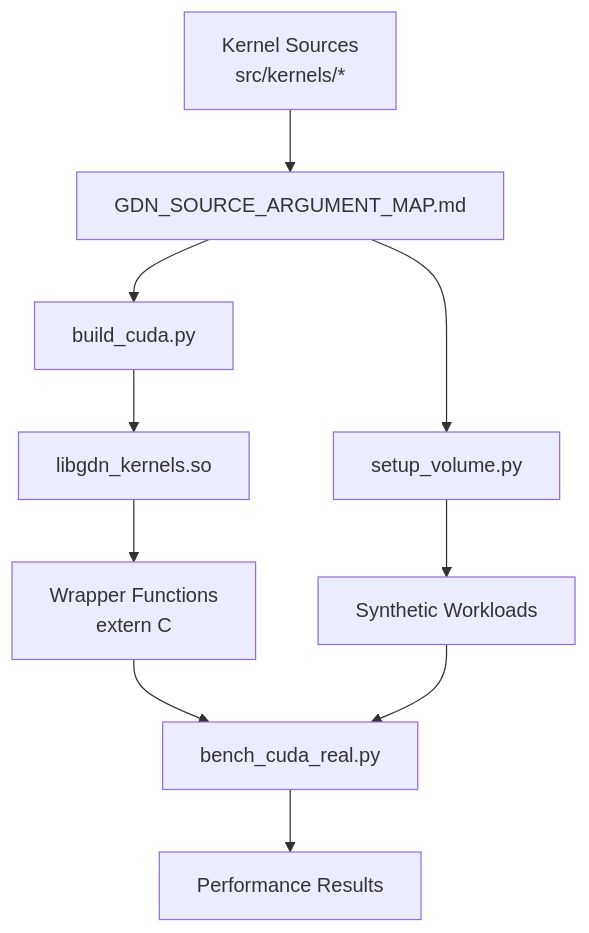
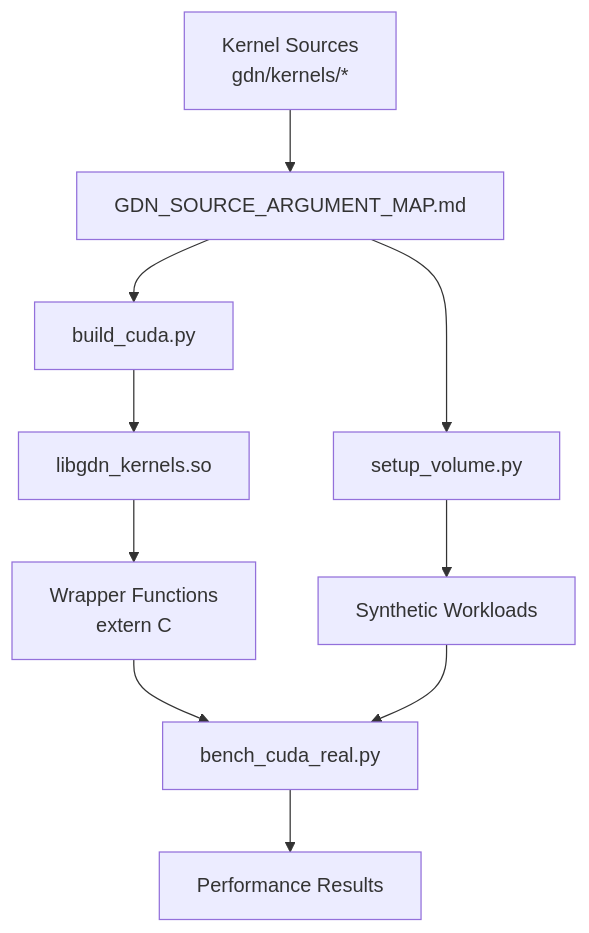
The seventh of 7 diagrams in .qoder/repowiki/en/content/Performance Analysis/GDN Source Argument Map.md (gugudeshubao/flashinfer-bench-tma-thrust), drawn with Mermaid before and after one commit. The commit also changed other lines of this file and 46 other files, not shown here.

````diff
--- a/.qoder/repowiki/en/content/Performance Analysis/GDN Source Argument Map.md
+++ b/.qoder/repowiki/en/content/Performance Analysis/GDN Source Argument Map.md
@@ -289,12 +366,12 @@
 ```mermaid
 graph TB
-SRC["Kernel Sources<br/>src/kernels/*"] --> ARG_MAP["GDN_SOURCE_ARGUMENT_MAP.md"]
+SRC["Kernel Sources<br/>gdn/kernels/*"] --> ARG_MAP["GDN_SOURCE_ARGUMENT_MAP.md"]
 ARG_MAP --> BUILD["build_cuda.py"]
 BUILD --> SO["libgdn_kernels.so"]
 SO --> WRAP["Wrapper Functions<br/>extern C"]
 WRAP --> BENCH["bench_cuda_real.py"]
 BENCH --> RESULT["Performance Results"]
 SETUP["setup_volume.py"] --> WORKLOAD["Synthetic Workloads"]
 WORKLOAD --> BENCH
 ARG_MAP --> SETUP
 ```
````
